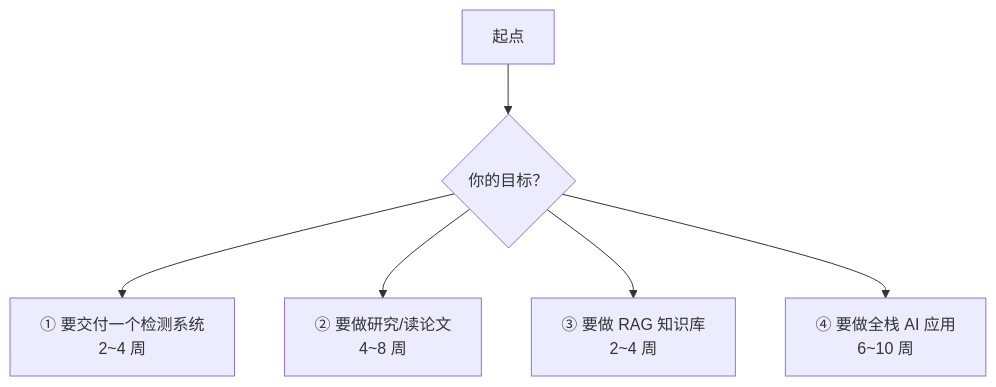
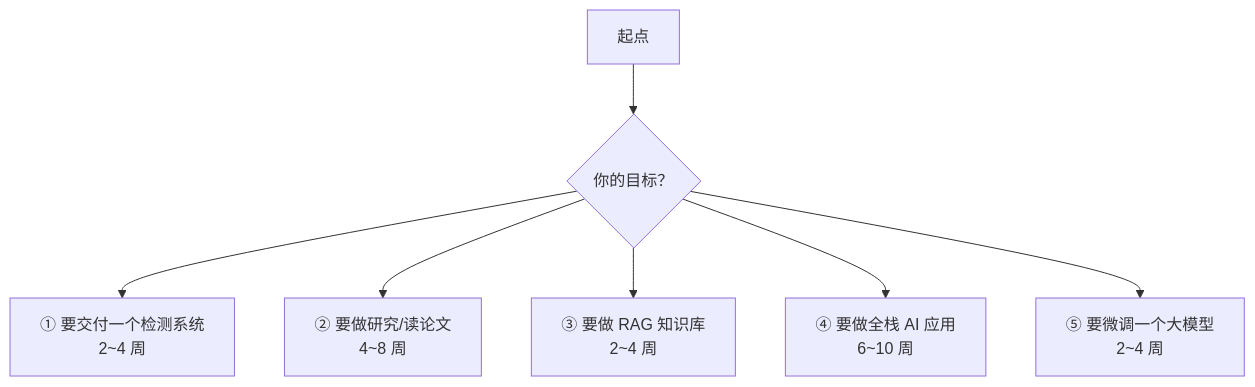
Before and after one commit to Michael522020/ai-study-notes: the diagram in appendix/学习路线图.md, drawn with Mermaid. The commit also changed other lines of this file and 6 other files, not shown here.

````diff
--- a/appendix/学习路线图.md
+++ b/appendix/学习路线图.md
@@ -9,8 +9,9 @@
 ```mermaid
 graph TD
     A["起点"] --> B{"你的目标？"}
     B --> C["① 要交付一个检测系统<br/>2~4 周"]
     B --> D["② 要做研究/读论文<br/>4~8 周"]
     B --> E["③ 要做 RAG 知识库<br/>2~4 周"]
     B --> F["④ 要做全栈 AI 应用<br/>6~10 周"]
+    B --> G["⑤ 要微调一个大模型<br/>2~4 周"]
 ```
````
